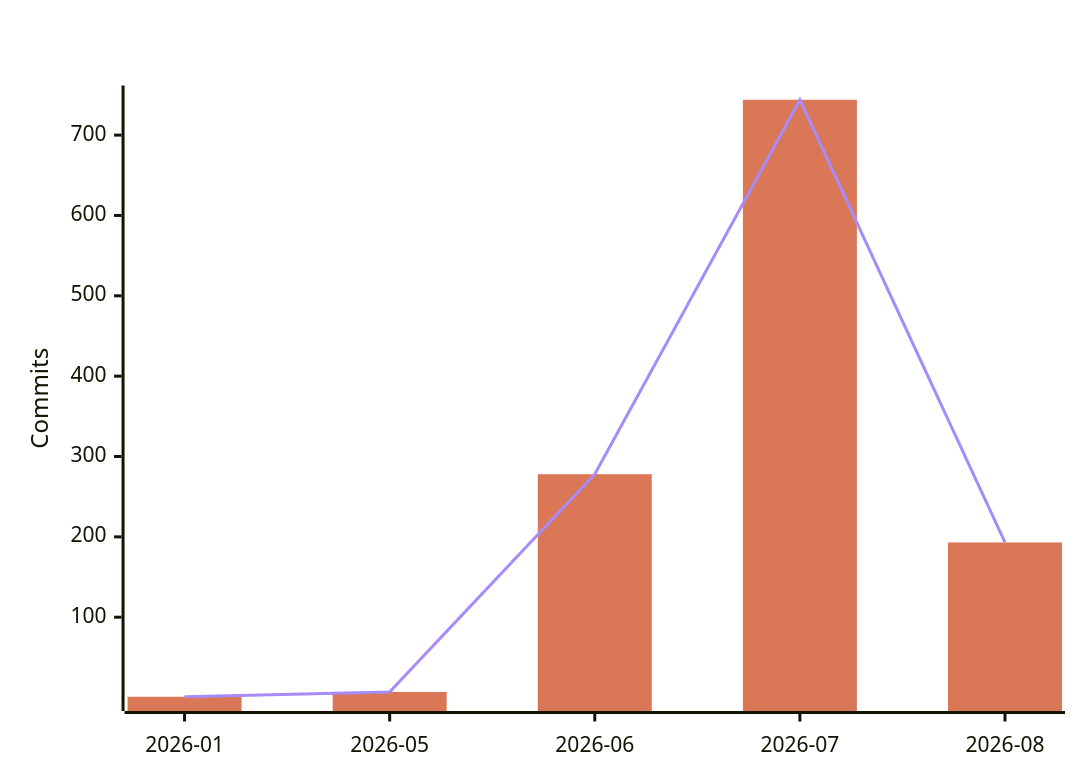
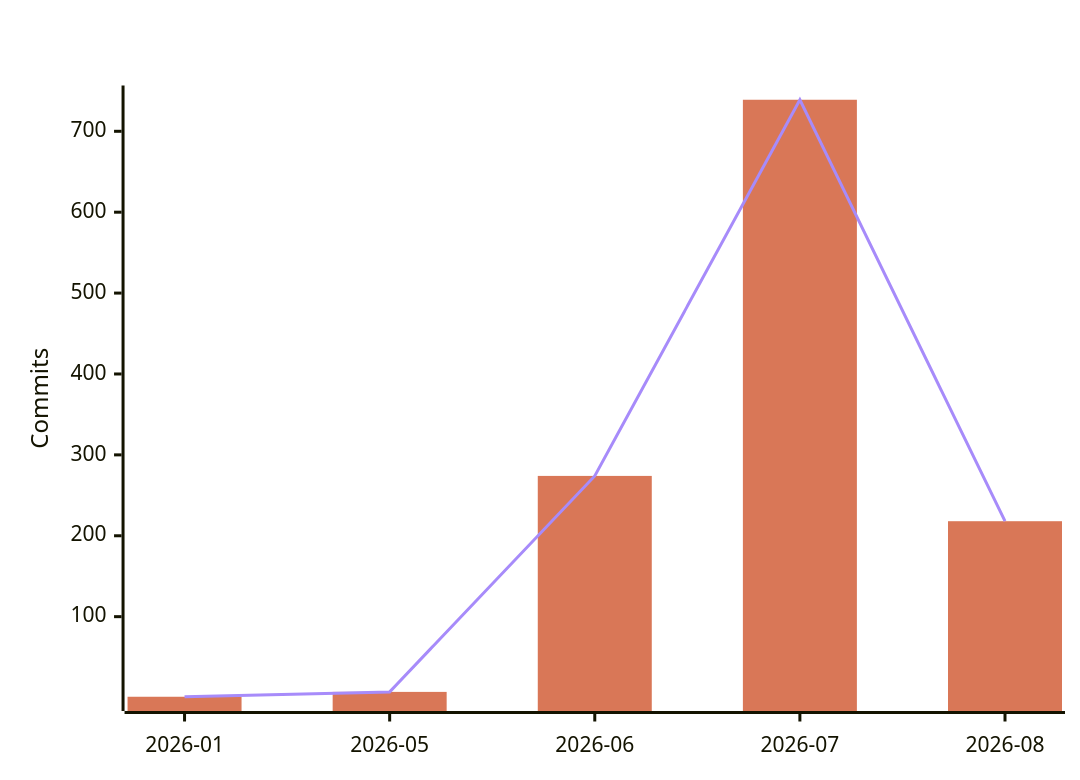
Before and after one commit to polo-nyan/polo-nyan: the fourth of 7 diagrams in README.md, drawn with Mermaid. The commit also changed other lines of this file and 1 other file, not shown here.

````diff
--- a/README.md
+++ b/README.md
@@ -294,9 +294,9 @@
 ```mermaid
 %%{init: {"xyChart": {"titleColor": "#ffffff", "xAxisLabelColor": "#ffffff", "yAxisLabelColor": "#ffffff"}, "themeVariables": {"xyChart": {"titleColor": "#ffffff", "plotColorPalette": "#d97757, #a78bfa"}}}}%%
 xychart-beta
     title "AI-Assisted Commits Per Month"
     x-axis ["2026-01", "2026-05", "2026-06", "2026-07", "2026-08"]
     y-axis "Commits"
-    bar [1, 7, 278, 744, 193]
-    line [1, 7, 278, 744, 193]
+    bar [1, 7, 274, 739, 218]
+    line [1, 7, 274, 739, 218]
 ```
````
